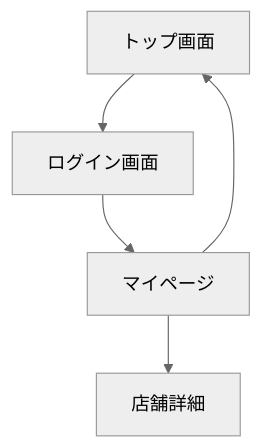
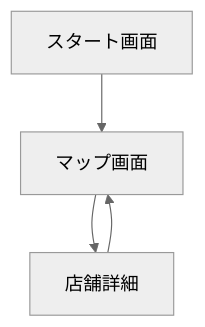
One commit to zuraki-0105/experiment3_WebApp changed the diagram in docs/diagrams.md. Above: the diagram before and after it, drawn with Mermaid (neutral theme).

Commit message:
遷移図完成しました

````diff
--- a/docs/diagrams.md
+++ b/docs/diagrams.md
@@ -1,7 +1,6 @@
 ```mermaid
 flowchart TD
-  A[トップ画面] --> B[ログイン画面]
-  B --> C[マイページ]
-  C --> D[店舗詳細]
-  C --> A
+  A[スタート画面] --> B[マップ画面]
+  B --> C[店舗詳細]
+  C --> B
 ```
````
